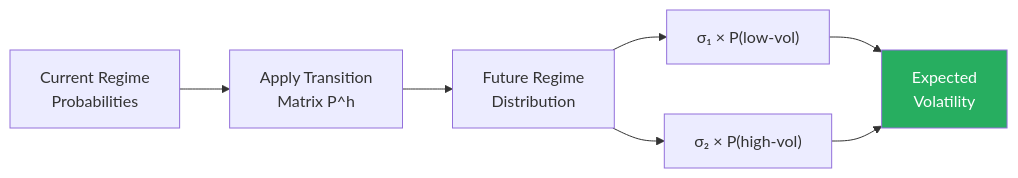
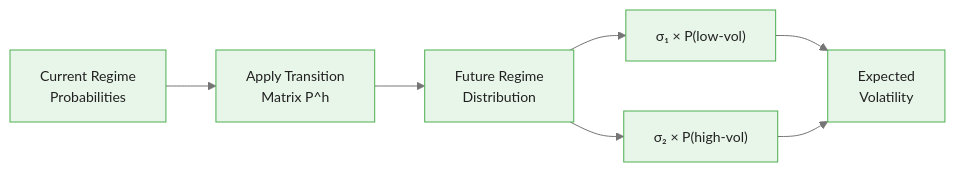
One commit to m-deane/course-creator changed the second of 4 diagrams in courses/bayesian-commodity-forecasting/modules/module_07_regime_switching/guides/03_regime_switching_volatility_slides.md. Above: the diagram before and after it, drawn with Mermaid. The commit also changed other lines of this file and 104 other files, not shown here.

````diff
--- a/courses/bayesian-commodity-forecasting/modules/module_07_regime_switching/guides/03_regime_switching_volatility_slides.md
+++ b/courses/bayesian-commodity-forecasting/modules/module_07_regime_switching/guides/03_regime_switching_volatility_slides.md
@@ -275,10 +290,10 @@
 ```mermaid
+%%{init: {"theme": "base", "themeVariables": {"primaryColor": "#e8f5e9", "primaryBorderColor": "#4caf50", "primaryTextColor": "#212121", "secondaryColor": "#e3f2fd", "tertiaryColor": "#fff8e1", "lineColor": "#757575", "fontFamily": "Inter, sans-serif", "fontSize": "14px"}}}%%
 flowchart LR
     CURR["Current Regime\nProbabilities"] --> TRANS["Apply Transition\nMatrix P^h"]
     TRANS --> FUTURE["Future Regime\nDistribution"]
     FUTURE --> SIGMA1["σ₁ × P(low-vol)"]
     FUTURE --> SIGMA2["σ₂ × P(high-vol)"]
     SIGMA1 --> EVOL["Expected\nVolatility"]
     SIGMA2 --> EVOL
-    style EVOL fill:#27ae60,color:#fff
 ```
````
